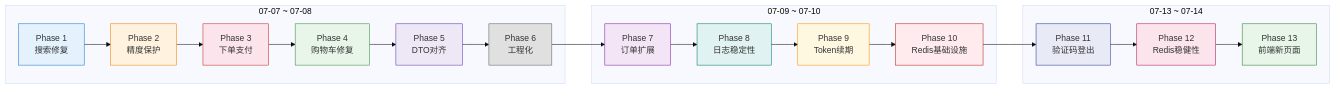
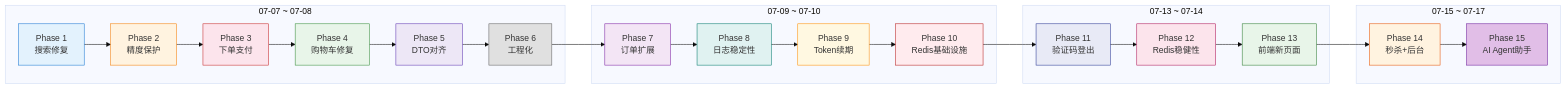
Before and after one commit to promisestar/hmall: the diagram in docs/git-commit.md, drawn with Mermaid (base theme). The commit also changed other lines of this file and 1 other file, not shown here.

````diff
--- a/docs/git-commit.md
+++ b/docs/git-commit.md
@@ -18,42 +18,50 @@
 ```mermaid
 flowchart LR
     subgraph Day1 ["07-07 ~ 07-08"]
         P1["Phase 1<br/>搜索修复"]
         P2["Phase 2<br/>精度保护"]
         P3["Phase 3<br/>下单支付"]
         P4["Phase 4<br/>购物车修复"]
         P5["Phase 5<br/>DTO对齐"]
         P6["Phase 6<br/>工程化"]
     end
 
     subgraph Day2 ["07-09 ~ 07-10"]
         P7["Phase 7<br/>订单扩展"]
         P8["Phase 8<br/>日志稳定性"]
         P9["Phase 9<br/>Token续期"]
         P10["Phase 10<br/>Redis基础设施"]
     end
 
     subgraph Day3 ["07-13 ~ 07-14"]
         P11["Phase 11<br/>验证码登出"]
         P12["Phase 12<br/>Redis稳健性"]
         P13["Phase 13<br/>前端新页面"]
     end
 
+    subgraph Day4 ["07-15 ~ 07-17"]
+        P14["Phase 14<br/>秒杀+后台"]
+        P15["Phase 15<br/>AI Agent助手"]
+    end
+
     P1 --> P2 --> P3 --> P4 --> P5 --> P6
     P6 --> P7 --> P8 --> P9 --> P10
     P10 --> P11 --> P12 --> P13
+    P13 --> P14 --> P15
 
     style P1 fill:#e3f2fd,stroke:#1976d2
     style P2 fill:#fff3e0,stroke:#f57c00
     style P3 fill:#fce4ec,stroke:#c62828
     style P4 fill:#e8f5e9,stroke:#388e3c
     style P5 fill:#ede7f6,stroke:#5e35b1
     style P6 fill:#e0e0e0,stroke:#616161
     style P7 fill:#f3e5f5,stroke:#7b1fa2
     style P8 fill:#e0f2f1,stroke:#00796b
     style P9 fill:#fff8e1,stroke:#ff8f00
     style P10 fill:#ffebee,stroke:#b71c1c
     style P11 fill:#e8eaf6,stroke:#283593
     style P12 fill:#fce4ec,stroke:#ad1457
     style P13 fill:#e8f5e9,stroke:#2e7d32
+    style P14 fill:#fff3e0,stroke:#e65100
+    style P15 fill:#e1bee7,stroke:#6a1b9a
 ```
````
